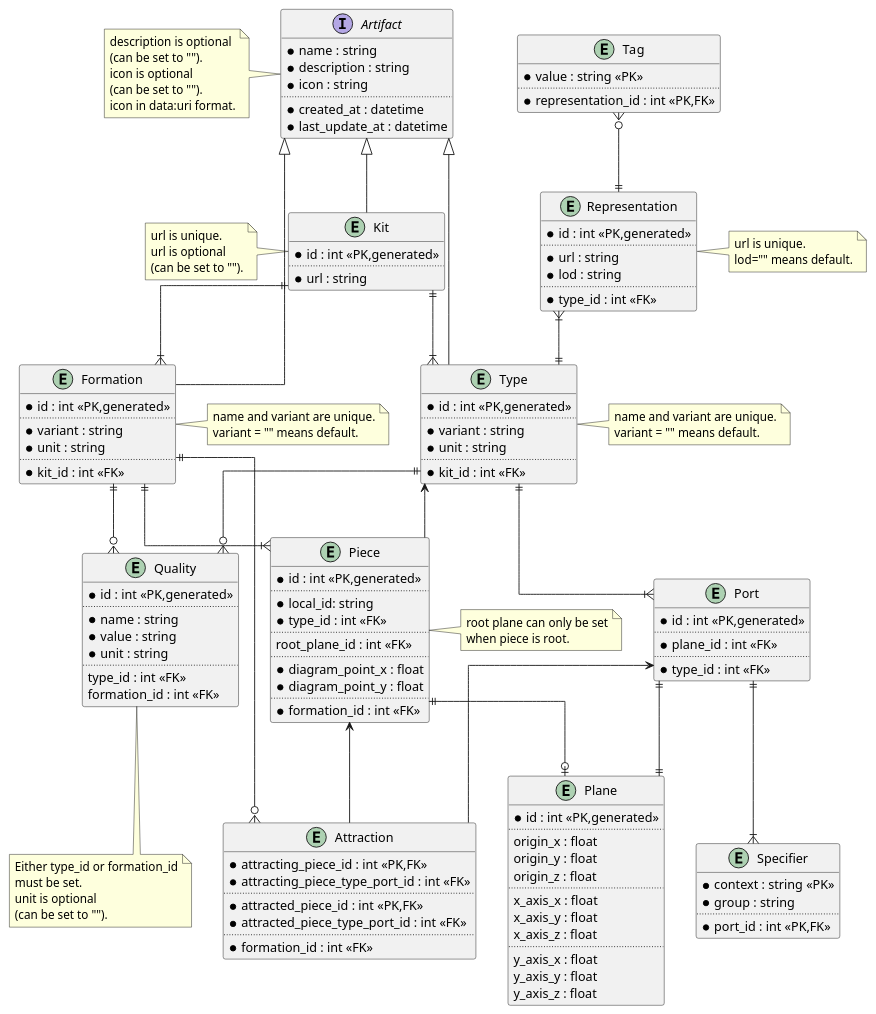
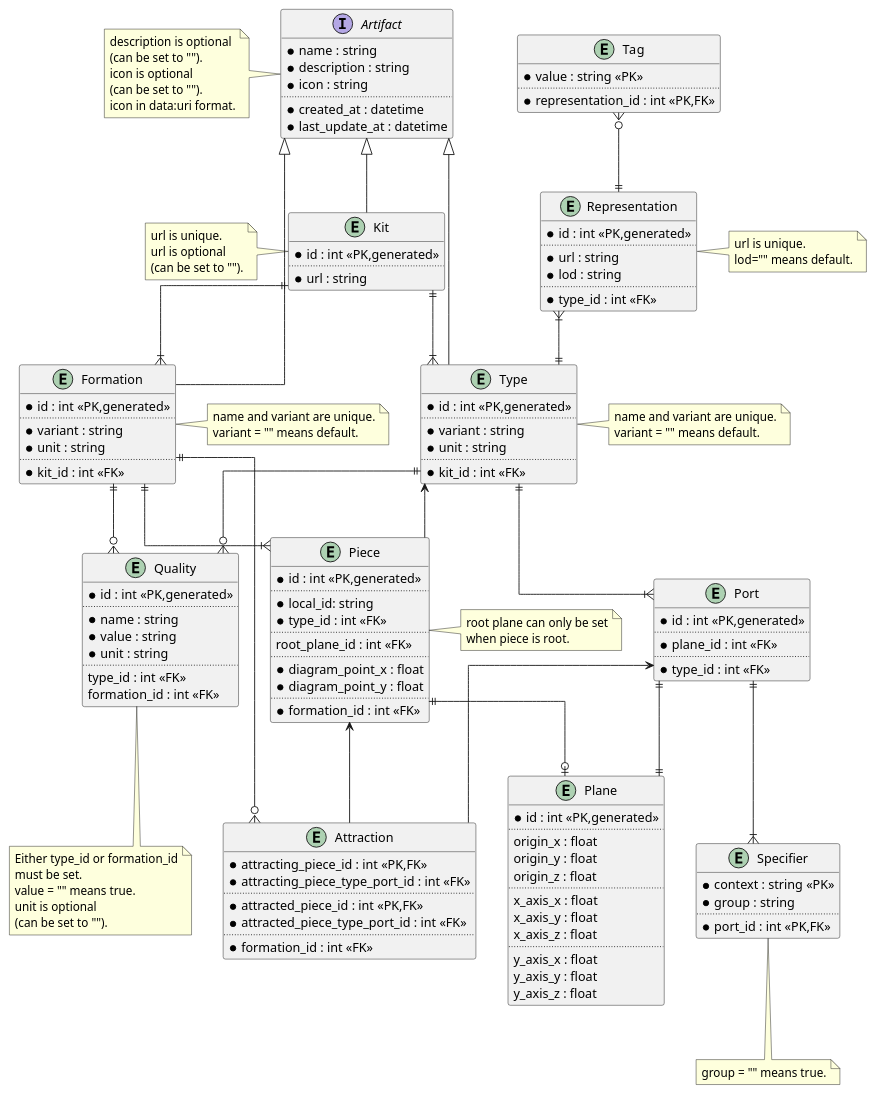
Before and after one commit to usalu/semio: the diagram in docs/softwarequality/softwarearchitecture/dataarchitecture.pu, drawn with PlantUML. The commit also changed 73 other files, not shown here.

First line of the commit message:
⚒️Extended Graph to Tree for any graph topologies🏯Updated Example to 2.1

```diff
--- a/docs/softwarequality/softwarearchitecture/dataarchitecture.pu
+++ b/docs/softwarequality/softwarearchitecture/dataarchitecture.pu
@@ -1,173 +1,177 @@
 @startuml "data architecture"
 skinparam linetype ortho
 
 interface Artifact {
     *name : string
     *description : string
     *icon : string
     ..
     *created_at : datetime
     *last_update_at : datetime
 }
 note left of Artifact
     description is optional
     (can be set to "").
     icon is optional
     (can be set to "").
     icon in data:uri format.
 end note
 
 entity Kit {
     *id : int <<PK,generated>> 
     ..
     *url : string
 }
 note left of Kit
     url is unique.
     url is optional
     (can be set to "").
 end note
 
 entity Type {
     *id : int <<PK,generated>>
     ..
     *variant : string
     *unit : string
     ..
     *kit_id : int <<FK>>
 }
 note right of Type
     name and variant are unique.
     variant = "" means default.
 end note
 
 entity Representation {
     *id : int <<PK,generated>>
     ..
     *url : string
     *lod : string
     ..
     *type_id : int <<FK>>
 }
 note right of Representation
     url is unique.
     lod="" means default.
 end note
 
 entity Tag {
     *value : string <<PK>>
     ..
     *representation_id : int <<PK,FK>>
 }
 
 entity Plane{
     *id : int <<PK,generated>>
     ..
     origin_x : float
     origin_y : float
     origin_z : float
     ..
     x_axis_x : float
     x_axis_y : float
     x_axis_z : float
     ..
     y_axis_x : float
     y_axis_y : float
     y_axis_z : float
 }
 
 entity Port {
     *id : int <<PK,generated>>
     ..
     *plane_id : int <<FK>>
     ..
     *type_id : int <<FK>>
 }
 
 entity Quality {
     *id : int <<PK,generated>>
     ..
     *name : string
     *value : string
     *unit : string
     ..
     type_id : int <<FK>>
     formation_id : int <<FK>>
 }
 note bottom of Quality
     Either type_id or formation_id
     must be set.
+    value = "" means true.
     unit is optional
     (can be set to "").
 end note
 
 
 entity Specifier {
     *context : string <<PK>>
     *group : string
     ..
     *port_id : int <<PK,FK>>
 }
+note bottom of Specifier
+    group = "" means true.
+end note
 
 entity Piece{
     *id : int <<PK,generated>>
     ..
     *local_id: string
     *type_id : int <<FK>>
     ..
     root_plane_id : int <<FK>>
     ..
     *diagram_point_x : float
     *diagram_point_y : float
     ..
     *formation_id : int <<FK>>
 }
 note right of Piece
     root plane can only be set
     when piece is root.
 end note
 
 entity Attraction {
     *attracting_piece_id : int <<PK,FK>>
     *attracting_piece_type_port_id : int <<FK>>
     ..
     *attracted_piece_id : int <<PK,FK>>
     *attracted_piece_type_port_id : int <<FK>>
     ..
     *formation_id : int <<FK>>
 }
 
 entity Formation {
     *id : int <<PK,generated>>
     ..
     *variant : string
     *unit : string
     ..
     *kit_id : int <<FK>>
 }
 note right of Formation
     name and variant are unique.
     variant = "" means default.
 end note
 
 Kit ||--|{ Formation
 Kit ||--|{ Type 
 Tag }o--|| Representation
 Representation }|--|| Type
 Type ||--|{ Port
 Type ||--o{ Quality
 Formation ||--|{ Piece
 Formation ||--o{ Attraction
 Formation ||--o{ Quality
 Port ||--|| Plane
 Port ||--|{  Specifier
 Piece ||--o| Plane
 Type <-- Piece
 Piece <-- Attraction
 Port <-- Attraction
 
 Artifact <|-- Kit
 Artifact <|-- Formation
 Artifact <|-- Type
 
 @enduml
```
